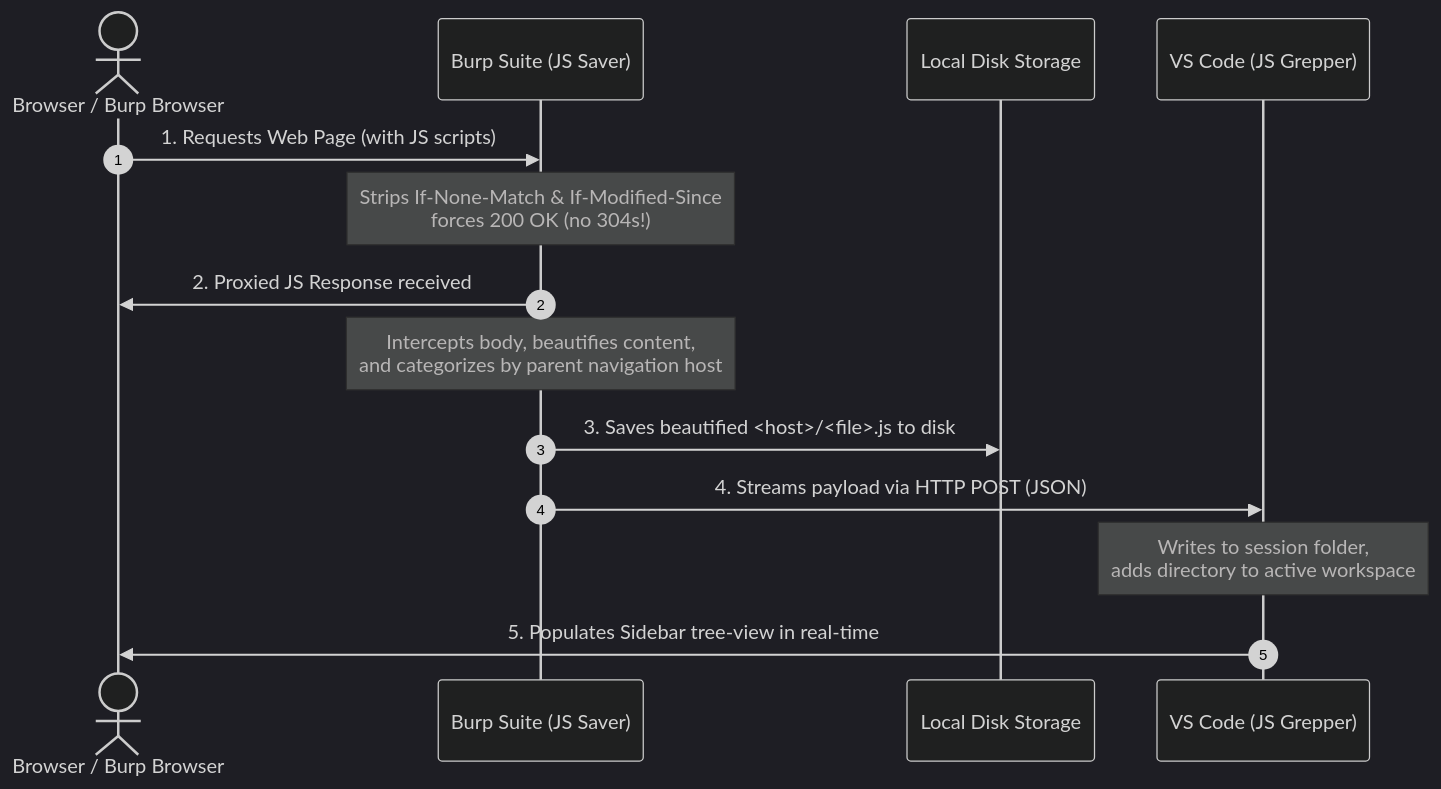
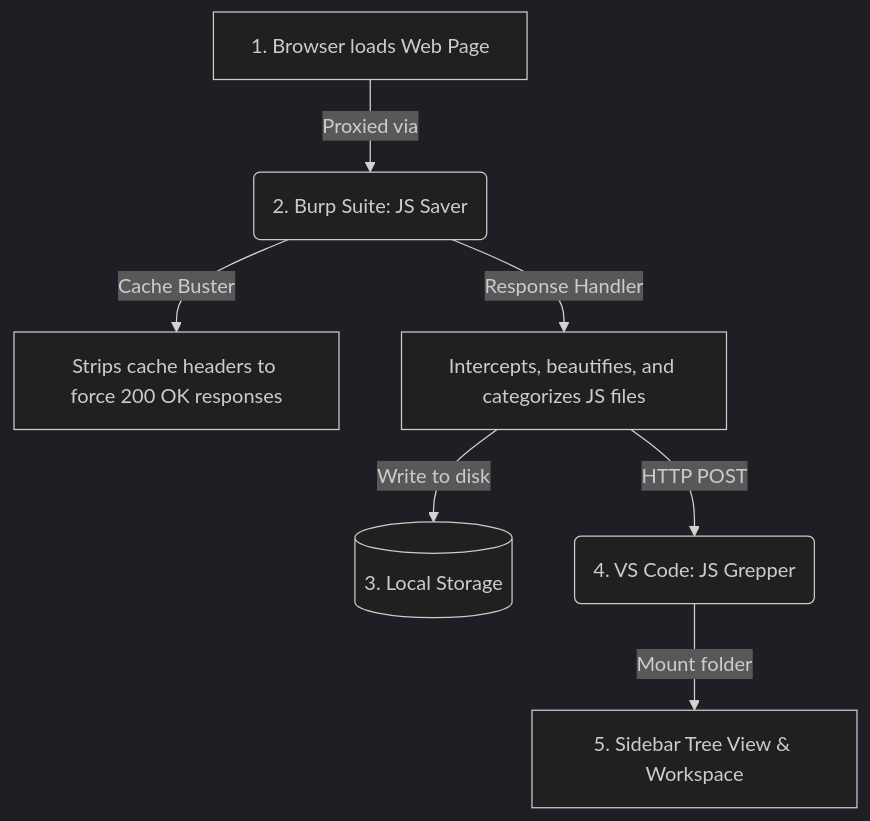
Before and after one commit to octodi/JSGrepper: the diagram in README.md, drawn with Mermaid (dark theme).

Commit message:
Simplify Mermaid diagram to be an intuitive flowchart

````diff
--- a/README.md
+++ b/README.md
@@ -13,17 +13,9 @@
 ```mermaid
-sequenceDiagram
-    autonumber
-    actor User as Browser / Burp Browser
-    participant Burp as Burp Suite (JS Saver)
-    participant Disk as Local Disk Storage
-    participant VSCode as VS Code (JS Grepper)
-
-    User->>Burp: 1. Requests Web Page (with JS scripts)
-    Note over Burp: Strips If-None-Match & If-Modified-Since<br/>forces 200 OK (no 304s!)
-    Burp->>User: 2. Proxied JS Response received
-    Note over Burp: Intercepts body, beautifies content,<br/>and categorizes by parent navigation host
-    Burp->>Disk: 3. Saves beautified <host>/<file>.js to disk
-    Burp->>VSCode: 4. Streams payload via HTTP POST (JSON)
-    Note over VSCode: Writes to session folder,<br/>adds directory to active workspace
-    VSCode->>User: 5. Populates Sidebar tree-view in real-time
+graph TD
+    A[1. Browser loads Web Page] -->|Proxied via| B(2. Burp Suite: JS Saver)
+    B -->|Cache Buster| B1[Strips cache headers to force 200 OK responses]
+    B -->|Response Handler| B2[Intercepts, beautifies, and categorizes JS files]
+    B2 -->|Write to disk| C[(3. Local Storage)]
+    B2 -->|HTTP POST| D(4. VS Code: JS Grepper)
+    D -->|Mount folder| E[5. Sidebar Tree View & Workspace]
 ```
````
